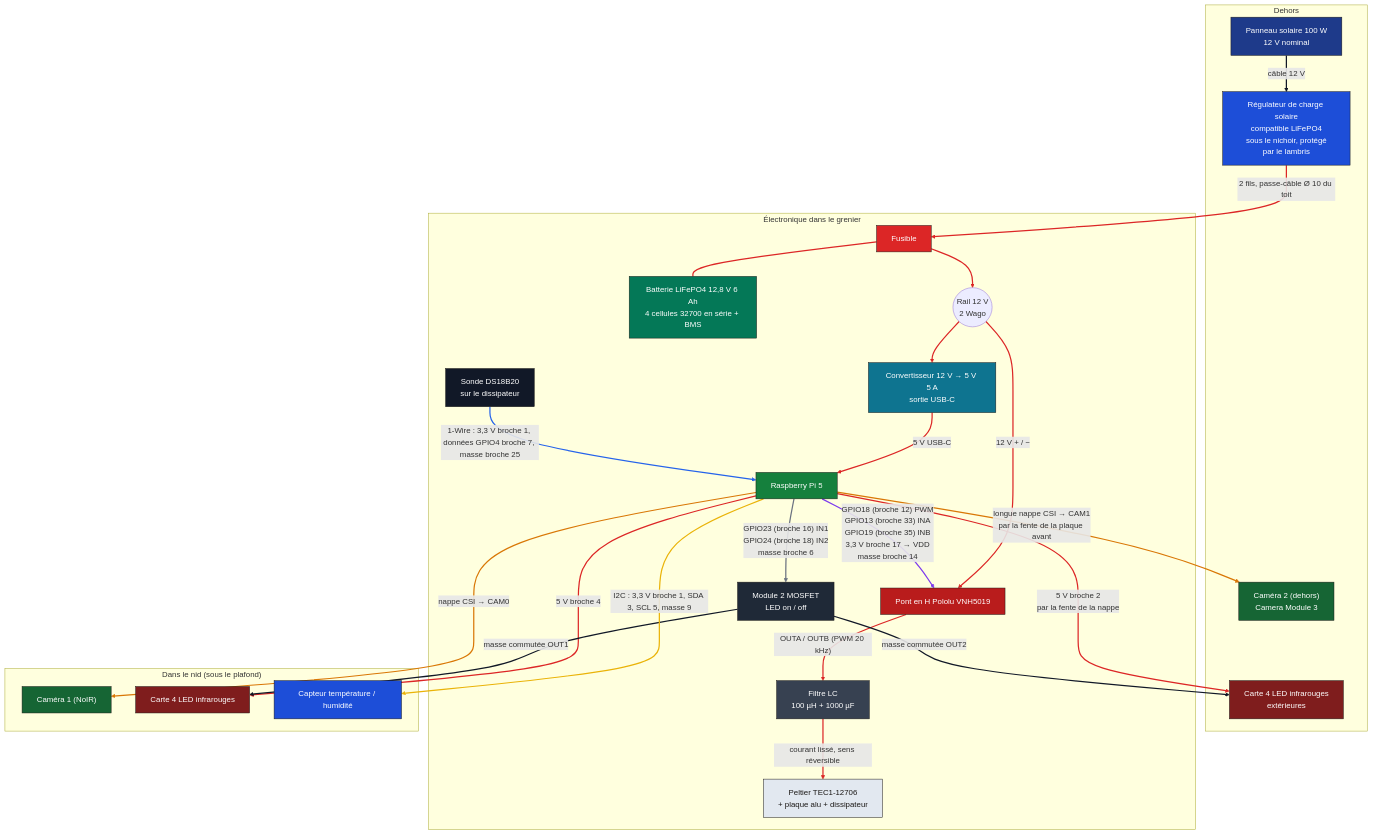
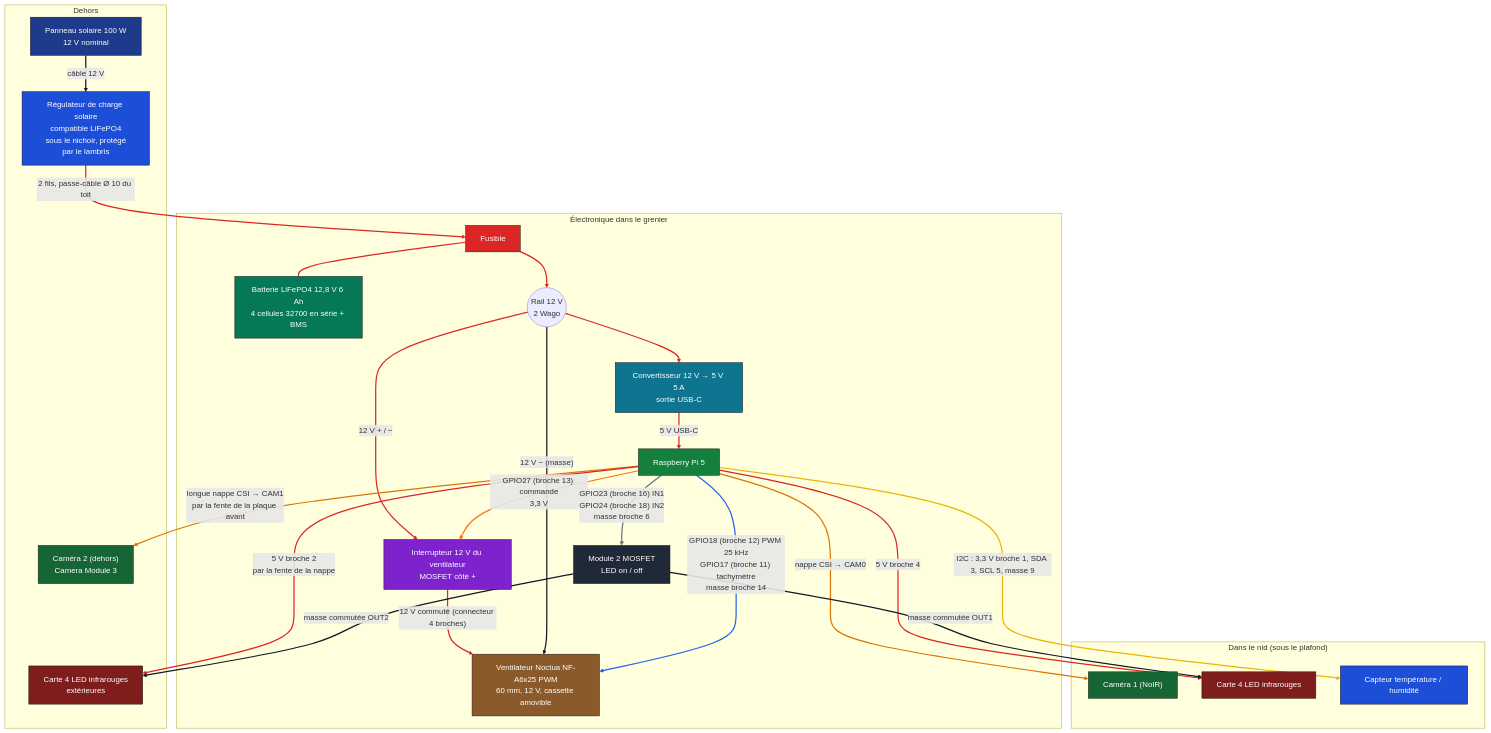
Before and after one commit to mathieujullien77190/birds: the diagram in docs/schema-electronique.md, drawn with Mermaid. The commit also changed other lines of this file and 4 other files, not shown here.

First line of the commit message:
feat(schema): add the fan and its 12 V switch to the electronics diagram and document them

```diff
--- a/docs/schema-electronique.md
+++ b/docs/schema-electronique.md
@@ -19,10 +19,8 @@
     BUCK["Convertisseur 12 V → 5 V 5 A<br/>sortie USB-C"]
     PI["Raspberry Pi 5"]
     SW["Module 2 MOSFET<br/>LED on / off"]
-    HB["Pont en H Pololu VNH5019"]
-    FILT["Filtre LC<br/>100 µH + 1000 µF"]
-    TEC["Peltier TEC1-12706<br/>+ plaque alu + dissipateur"]
-    HOT["Sonde DS18B20<br/>sur le dissipateur"]
+    SWF["Interrupteur 12 V du ventilateur<br/>MOSFET côté +"]
+    FAN["Ventilateur Noctua NF-A6x25 PWM<br/>60 mm, 12 V, cassette amovible"]
   end
   subgraph NID["Dans le nid (sous le plafond)"]
     CAM1["Caméra 1 (NoIR)"]
@@ -35,10 +33,11 @@
   FUSE --> RAIL
   RAIL --> BUCK
   BUCK -->|"5 V USB-C"| PI
-  RAIL -->|"12 V + / −"| HB
-  HB -->|"OUTA / OUTB (PWM 20 kHz)"| FILT
-  FILT -->|"courant lissé, sens réversible"| TEC
-  PI -->|"GPIO18 (broche 12) PWM<br/>GPIO13 (broche 33) INA<br/>GPIO19 (broche 35) INB<br/>3,3 V broche 17 → VDD<br/>masse broche 14"| HB
+  RAIL -->|"12 V + / −"| SWF
+  SWF -->|"12 V commuté (connecteur 4 broches)"| FAN
+  RAIL -->|"12 V − (masse)"| FAN
+  PI -->|"GPIO27 (broche 13) commande<br/>3,3 V"| SWF
+  PI -->|"GPIO18 (broche 12) PWM 25 kHz<br/>GPIO17 (broche 11) tachymètre<br/>masse broche 14"| FAN
   PI -->|"nappe CSI → CAM0"| CAM1
   PI -->|"longue nappe CSI → CAM1<br/>par la fente de la plaque avant"| CAM2
   PI -->|"GPIO23 (broche 16) IN1<br/>GPIO24 (broche 18) IN2<br/>masse broche 6"| SW
@@ -47,7 +46,6 @@
   SW -->|"masse commutée OUT1"| IR
   SW -->|"masse commutée OUT2"| IR2
   PI -->|"I2C : 3,3 V broche 1, SDA 3, SCL 5, masse 9"| SENS
-  HOT -->|"1-Wire : 3,3 V broche 1, données GPIO4 broche 7, masse broche 25"| PI
   linkStyle 0 stroke:#111827,stroke-width:2.5px
   linkStyle 1 stroke:#dc2626,stroke-width:2.5px
   linkStyle 2 stroke:#dc2626,stroke-width:2.5px
@@ -56,17 +54,17 @@
   linkStyle 5 stroke:#dc2626,stroke-width:2.5px
   linkStyle 6 stroke:#dc2626,stroke-width:2.5px
   linkStyle 7 stroke:#dc2626,stroke-width:2.5px
-  linkStyle 8 stroke:#dc2626,stroke-width:2.5px
-  linkStyle 9 stroke:#7c3aed,stroke-width:2.5px
-  linkStyle 10 stroke:#d97706,stroke-width:2.5px
+  linkStyle 8 stroke:#111827,stroke-width:2.5px
+  linkStyle 9 stroke:#f97316,stroke-width:2.5px
+  linkStyle 10 stroke:#2563eb,stroke-width:2.5px
   linkStyle 11 stroke:#d97706,stroke-width:2.5px
-  linkStyle 12 stroke:#6b7280,stroke-width:2.5px
-  linkStyle 13 stroke:#dc2626,stroke-width:2.5px
+  linkStyle 12 stroke:#d97706,stroke-width:2.5px
+  linkStyle 13 stroke:#6b7280,stroke-width:2.5px
   linkStyle 14 stroke:#dc2626,stroke-width:2.5px
-  linkStyle 15 stroke:#111827,stroke-width:2.5px
+  linkStyle 15 stroke:#dc2626,stroke-width:2.5px
   linkStyle 16 stroke:#111827,stroke-width:2.5px
-  linkStyle 17 stroke:#eab308,stroke-width:2.5px
-  linkStyle 18 stroke:#2563eb,stroke-width:2.5px
+  linkStyle 17 stroke:#111827,stroke-width:2.5px
+  linkStyle 18 stroke:#eab308,stroke-width:2.5px
   classDef pv fill:#1e3a8a,stroke:#1c1917,color:#fff
   classDef mppt fill:#1d4ed8,stroke:#1c1917,color:#fff
   classDef fuse fill:#dc2626,stroke:#1c1917,color:#fff
@@ -74,10 +72,8 @@
   classDef buck fill:#0e7490,stroke:#1c1917,color:#fff
   classDef pi fill:#15803d,stroke:#1c1917,color:#fff
   classDef sw fill:#1f2937,stroke:#1c1917,color:#fff
-  classDef hb fill:#b91c1c,stroke:#1c1917,color:#fff
-  classDef filt fill:#374151,stroke:#1c1917,color:#fff
-  classDef tec fill:#e2e8f0,stroke:#1c1917,color:#1c1917
-  classDef hot fill:#111827,stroke:#1c1917,color:#fff
+  classDef swf fill:#7e22ce,stroke:#1c1917,color:#fff
+  classDef fan fill:#8b5a2b,stroke:#1c1917,color:#fff
   classDef cam fill:#166534,stroke:#1c1917,color:#fff
   classDef ir fill:#7f1d1d,stroke:#1c1917,color:#fff
   classDef sens fill:#1d4ed8,stroke:#1c1917,color:#fff
@@ -88,10 +84,8 @@
   class BUCK buck
   class PI pi
   class SW sw
-  class HB hb
-  class FILT filt
-  class TEC tec
-  class HOT hot
+  class SWF swf
+  class FAN fan
   class CAM1,CAM2 cam
   class IR,IR2 ir
   class SENS sens
```
